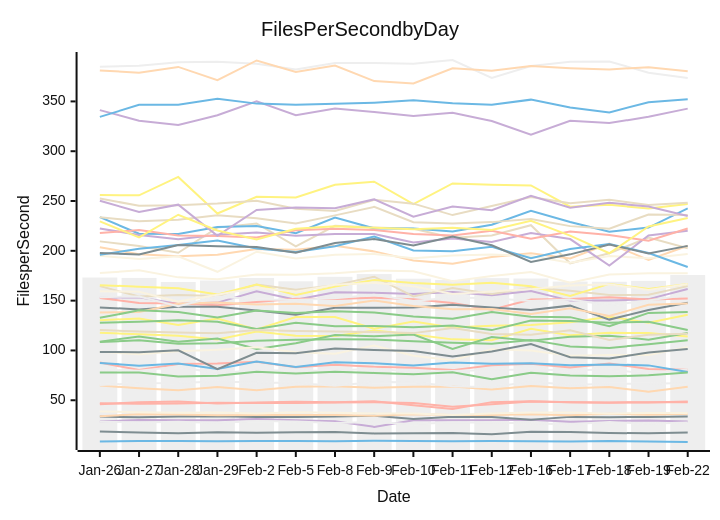
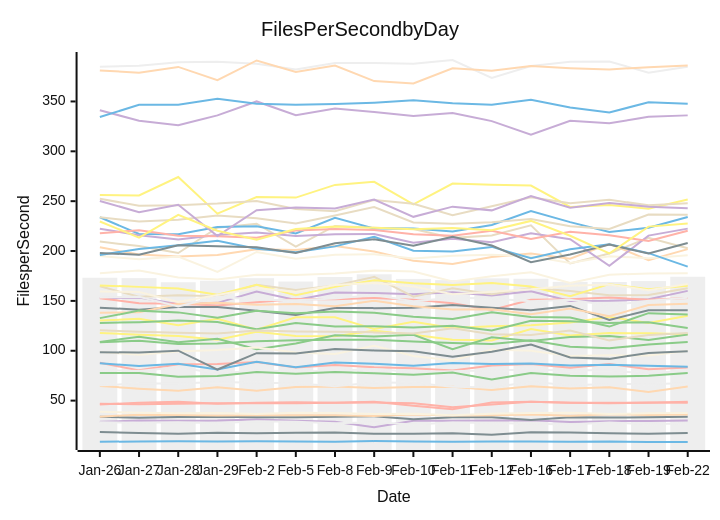
One commit to streetsidesoftware/cspell changed the diagram in perf-report.md. Above: the diagram before and after it, drawn with Mermaid (neutral theme). The commit also changed other lines of this file and 1 other file, not shown here.

````diff
--- a/perf-report.md
+++ b/perf-report.md
@@ -10,57 +10,57 @@
 ```mermaid
 xychart-beta
     title Files Per Second by Day
     y-axis Files per Second
     x-axis Date [Jan-26, Jan-27, Jan-28, Jan-29, Feb-2, Feb-5, Feb-8, Feb-9, Feb-10, Feb-11, Feb-12, Feb-16, Feb-17, Feb-18, Feb-19, Feb-22]
-    bar [173.21, 172.82, 168.69, 170.17, 172.76, 169.39, 173.94, 176.68, 172.01, 170.80, 172.59, 172.20, 169.11, 168.97, 169.87, 175.69]
-    line [8.69, 9.06, 9.17, 8.90, 9.14, 9.10, 8.87, 9.39, 9.10, 8.79, 9.11, 8.93, 8.64, 9.05, 8.51, 8.09]
-    line [108.52, 110.13, 106.78, 107.20, 109.65, 110.63, 111.16, 110.94, 109.21, 107.83, 106.68, 110.60, 103.95, 102.58, 106.20, 110.16]
-    line [28.70, 30.12, 29.90, 29.99, 31.08, 29.80, 28.87, 23.26, 29.91, 29.82, 30.05, 30.35, 28.52, 29.28, 29.65, 28.76]
-    line [209.49, 204.94, 198.04, 223.32, 227.45, 204.37, 225.14, 223.42, 222.08, 213.20, 215.50, 225.73, 187.50, 197.59, 213.32, 202.67]
-    line [87.91, 80.34, 86.50, 86.84, 88.66, 83.22, 85.59, 83.52, 82.54, 80.25, 85.24, 86.74, 82.84, 86.83, 81.45, 80.62]
-    line [130.32, 132.03, 125.54, 132.09, 121.09, 133.64, 133.48, 121.84, 129.06, 122.93, 124.68, 125.50, 128.25, 133.90, 127.83, 135.77]
-    line [33.70, 32.82, 33.62, 33.93, 33.23, 33.25, 33.77, 34.38, 31.28, 33.43, 33.24, 30.53, 33.31, 33.04, 33.28, 33.81]
-    line [203.69, 196.52, 194.52, 195.98, 201.87, 201.12, 204.97, 199.43, 190.33, 187.01, 193.91, 197.53, 192.34, 207.35, 190.87, 205.14]
-    line [195.04, 191.69, 194.48, 178.97, 199.11, 192.32, 196.15, 196.80, 192.49, 195.28, 196.29, 194.83, 188.10, 194.84, 192.66, 196.74]
-    line [80.80, 79.69, 83.58, 77.01, 80.34, 79.32, 79.86, 81.63, 78.70, 79.41, 80.42, 80.99, 80.08, 80.78, 76.61, 80.78]
-    line [233.87, 217.12, 216.93, 224.01, 224.86, 217.64, 233.33, 222.49, 222.54, 219.50, 226.16, 240.10, 228.96, 219.08, 223.33, 242.61]
-    line [127.88, 128.69, 130.23, 128.77, 121.54, 127.82, 124.27, 124.62, 123.31, 125.03, 120.42, 129.98, 129.47, 127.87, 128.69, 120.55]
-    line [152.95, 153.44, 146.68, 148.04, 159.34, 150.93, 158.41, 157.97, 156.56, 158.71, 155.41, 159.62, 150.02, 150.05, 151.55, 161.60]
-    line [233.83, 229.73, 231.27, 235.75, 232.76, 227.56, 235.60, 244.14, 228.71, 227.46, 228.82, 232.02, 224.80, 222.16, 236.53, 235.95]
-    line [152.72, 147.54, 147.09, 145.41, 148.70, 151.93, 151.71, 152.93, 151.27, 147.55, 140.92, 151.13, 151.76, 153.31, 151.18, 152.25]
-    line [256.11, 255.68, 274.20, 237.51, 254.20, 253.57, 266.34, 269.39, 246.86, 267.66, 266.35, 265.66, 244.28, 246.16, 242.48, 247.00]
-    line [18.55, 17.57, 16.82, 17.76, 17.39, 17.79, 18.01, 16.74, 16.81, 17.17, 15.81, 18.35, 18.08, 17.18, 16.76, 17.65]
-    line [33.94, 35.92, 35.70, 34.97, 35.24, 35.24, 35.29, 34.51, 36.01, 35.10, 35.21, 35.98, 34.82, 36.43, 35.46, 36.37]
-    line [38.81, 37.93, 37.35, 37.58, 36.65, 37.87, 37.52, 36.62, 36.71, 35.21, 36.78, 37.62, 37.74, 36.57, 37.30, 37.22]
-    line [384.72, 385.87, 389.43, 389.76, 387.86, 381.95, 388.55, 388.50, 387.75, 391.57, 373.53, 385.59, 389.88, 390.09, 378.81, 373.55]
-    line [87.49, 84.71, 86.94, 81.29, 88.85, 83.51, 88.25, 87.06, 84.92, 87.81, 86.69, 87.24, 85.15, 85.90, 85.00, 78.29]
-    line [77.74, 77.78, 73.82, 74.60, 78.73, 76.88, 78.62, 77.47, 76.02, 78.07, 71.09, 77.64, 74.87, 74.07, 74.98, 77.79]
-    line [222.41, 215.81, 211.64, 216.10, 218.52, 215.06, 216.88, 216.99, 208.40, 212.31, 208.84, 217.81, 211.80, 185.28, 215.46, 220.07]
-    line [164.60, 154.09, 155.59, 154.71, 166.16, 160.94, 165.57, 174.04, 154.30, 162.65, 156.66, 162.87, 159.96, 155.64, 155.90, 164.59]
-    line [217.84, 220.87, 215.44, 214.77, 213.40, 220.70, 222.08, 221.01, 216.87, 215.38, 220.23, 212.12, 219.37, 215.84, 210.18, 222.37]
-    line [117.78, 116.14, 114.78, 110.96, 118.96, 114.84, 114.56, 119.99, 116.03, 111.12, 110.27, 121.81, 115.35, 117.70, 117.45, 114.05]
-    line [143.21, 141.20, 143.98, 143.78, 140.14, 135.87, 142.86, 142.75, 143.10, 145.82, 143.11, 140.65, 144.98, 130.98, 140.65, 147.97]
-    line [64.72, 62.00, 60.00, 63.28, 59.94, 63.60, 64.06, 62.64, 63.65, 63.88, 60.68, 64.42, 62.12, 63.28, 58.66, 63.54]
-    line [177.69, 180.46, 173.36, 171.47, 176.27, 176.08, 177.50, 180.37, 179.50, 169.53, 174.82, 178.71, 168.06, 176.19, 177.57, 177.46]
-    line [65.41, 67.07, 67.22, 68.71, 67.83, 67.42, 64.50, 68.29, 67.95, 63.94, 63.10, 68.79, 65.40, 66.62, 66.45, 67.26]
-    line [196.11, 202.03, 205.84, 210.33, 202.30, 198.84, 204.68, 214.35, 200.27, 199.54, 204.14, 192.69, 201.75, 206.87, 197.87, 183.78]
-    line [108.80, 113.98, 108.63, 112.03, 101.57, 107.21, 115.59, 114.29, 115.98, 101.55, 113.56, 109.85, 113.73, 114.86, 110.85, 117.47]
-    line [341.26, 330.59, 326.24, 336.05, 350.02, 336.18, 342.95, 339.36, 335.43, 338.51, 330.30, 316.59, 330.53, 328.24, 334.55, 342.77]
-    line [252.46, 245.33, 245.88, 247.56, 250.17, 242.23, 239.94, 251.24, 247.36, 235.88, 244.92, 253.98, 247.84, 251.30, 245.99, 248.30]
-    line [46.87, 46.43, 46.80, 47.45, 47.29, 47.35, 47.86, 48.05, 47.30, 43.46, 46.02, 48.76, 47.89, 47.85, 48.05, 48.02]
-    line [165.48, 164.06, 162.34, 156.27, 166.07, 155.61, 164.06, 170.66, 167.78, 165.93, 167.97, 164.38, 154.74, 166.79, 161.65, 166.76]
-    line [197.93, 196.32, 205.82, 204.70, 203.85, 198.04, 207.86, 211.91, 205.36, 214.41, 205.57, 188.86, 196.47, 206.41, 197.46, 204.98]
-    line [138.21, 138.55, 146.90, 148.25, 146.04, 146.87, 144.71, 150.09, 144.64, 141.32, 141.68, 136.63, 142.32, 134.55, 145.82, 147.07]
-    line [98.65, 96.11, 99.25, 100.66, 103.18, 98.24, 96.65, 104.96, 94.67, 90.15, 101.17, 99.92, 94.76, 95.38, 95.32, 103.44]
-    line [28.41, 27.77, 28.43, 27.26, 29.20, 28.78, 27.22, 28.25, 25.94, 28.04, 27.66, 26.73, 25.95, 28.09, 26.29, 27.57]
-    line [334.45, 346.57, 346.60, 352.58, 347.78, 346.57, 347.57, 348.75, 351.19, 348.15, 346.62, 351.78, 343.88, 338.94, 349.19, 352.10]
-    line [132.73, 140.24, 138.48, 133.03, 140.20, 137.55, 139.32, 138.06, 134.03, 131.86, 138.50, 133.91, 133.44, 124.24, 137.70, 138.61]
-    line [250.24, 239.03, 246.34, 215.04, 240.95, 243.60, 242.70, 251.69, 234.31, 244.51, 240.78, 255.22, 243.34, 248.23, 244.44, 235.00]
-    line [120.57, 119.01, 117.99, 117.30, 120.43, 119.43, 118.96, 118.43, 117.39, 122.51, 116.51, 115.88, 120.25, 110.42, 115.69, 116.71]
-    line [46.02, 47.96, 48.80, 46.78, 47.79, 48.42, 47.97, 48.95, 44.92, 41.33, 48.11, 48.93, 47.91, 47.47, 47.85, 48.65]
-    line [229.64, 213.50, 236.23, 220.41, 211.45, 222.13, 224.72, 223.26, 221.76, 223.13, 220.88, 230.21, 215.32, 197.56, 224.48, 232.89]
-    line [98.45, 98.30, 100.11, 81.16, 97.62, 97.16, 101.86, 100.35, 99.46, 93.91, 99.01, 106.34, 93.17, 91.86, 97.86, 101.55]
-    line [381.11, 378.87, 384.64, 371.32, 391.09, 379.53, 386.07, 370.43, 367.95, 383.26, 380.80, 385.48, 383.39, 382.12, 384.41, 380.17]
-    line [159.47, 158.84, 149.03, 155.81, 162.82, 158.93, 165.88, 167.89, 164.45, 156.78, 159.08, 161.56, 165.23, 166.55, 160.76, 166.80]
-    line [153.48, 154.19, 144.39, 154.19, 151.10, 150.58, 152.48, 156.02, 149.70, 153.17, 152.51, 149.58, 151.17, 145.28, 150.19, 156.00]
+    bar [173.21, 172.82, 168.69, 170.17, 172.76, 169.39, 173.94, 176.68, 172.01, 170.80, 172.59, 172.20, 169.11, 168.97, 169.87, 174.19]
+    line [8.69, 9.06, 9.17, 8.90, 9.14, 9.10, 8.87, 9.39, 9.10, 8.79, 9.11, 8.93, 8.64, 9.05, 8.51, 8.50]
+    line [108.52, 110.13, 106.78, 107.20, 109.65, 110.63, 111.16, 110.94, 109.21, 107.83, 106.68, 110.60, 103.95, 102.58, 106.20, 108.80]
+    line [28.70, 30.12, 29.90, 29.99, 31.08, 29.80, 28.87, 23.26, 29.91, 29.82, 30.05, 30.35, 28.52, 29.28, 29.65, 30.13]
+    line [209.49, 204.94, 198.04, 223.32, 227.45, 204.37, 225.14, 223.42, 222.08, 213.20, 215.50, 225.73, 187.50, 197.59, 213.32, 202.78]
+    line [87.91, 80.34, 86.50, 86.84, 88.66, 83.22, 85.59, 83.52, 82.54, 80.25, 85.24, 86.74, 82.84, 86.83, 81.45, 83.10]
+    line [130.32, 132.03, 125.54, 132.09, 121.09, 133.64, 133.48, 121.84, 129.06, 122.93, 124.68, 125.50, 128.25, 133.90, 127.83, 135.11]
+    line [33.70, 32.82, 33.62, 33.93, 33.23, 33.25, 33.77, 34.38, 31.28, 33.43, 33.24, 30.53, 33.31, 33.04, 33.28, 33.86]
+    line [203.69, 196.52, 194.52, 195.98, 201.87, 201.12, 204.97, 199.43, 190.33, 187.01, 193.91, 197.53, 192.34, 207.35, 190.87, 201.91]
+    line [195.04, 191.69, 194.48, 178.97, 199.11, 192.32, 196.15, 196.80, 192.49, 195.28, 196.29, 194.83, 188.10, 194.84, 192.66, 195.69]
+    line [80.80, 79.69, 83.58, 77.01, 80.34, 79.32, 79.86, 81.63, 78.70, 79.41, 80.42, 80.99, 80.08, 80.78, 76.61, 80.86]
+    line [233.87, 217.12, 216.93, 224.01, 224.86, 217.64, 233.33, 222.49, 222.54, 219.50, 226.16, 240.10, 228.96, 219.08, 223.33, 234.21]
+    line [127.88, 128.69, 130.23, 128.77, 121.54, 127.82, 124.27, 124.62, 123.31, 125.03, 120.42, 129.98, 129.47, 127.87, 128.69, 122.73]
+    line [152.95, 153.44, 146.68, 148.04, 159.34, 150.93, 158.41, 157.97, 156.56, 158.71, 155.41, 159.62, 150.02, 150.05, 151.55, 160.04]
+    line [233.83, 229.73, 231.27, 235.75, 232.76, 227.56, 235.60, 244.14, 228.71, 227.46, 228.82, 232.02, 224.80, 222.16, 236.53, 236.50]
+    line [152.72, 147.54, 147.09, 145.41, 148.70, 151.93, 151.71, 152.93, 151.27, 147.55, 140.92, 151.13, 151.76, 153.31, 151.18, 152.94]
+    line [256.11, 255.68, 274.20, 237.51, 254.20, 253.57, 266.34, 269.39, 246.86, 267.66, 266.35, 265.66, 244.28, 246.16, 242.48, 251.77]
+    line [18.55, 17.57, 16.82, 17.76, 17.39, 17.79, 18.01, 16.74, 16.81, 17.17, 15.81, 18.35, 18.08, 17.18, 16.76, 17.59]
+    line [33.94, 35.92, 35.70, 34.97, 35.24, 35.24, 35.29, 34.51, 36.01, 35.10, 35.21, 35.98, 34.82, 36.43, 35.46, 35.98]
+    line [38.81, 37.93, 37.35, 37.58, 36.65, 37.87, 37.52, 36.62, 36.71, 35.21, 36.78, 37.62, 37.74, 36.57, 37.30, 37.62]
+    line [384.72, 385.87, 389.43, 389.76, 387.86, 381.95, 388.55, 388.50, 387.75, 391.57, 373.53, 385.59, 389.88, 390.09, 378.81, 384.75]
+    line [87.49, 84.71, 86.94, 81.29, 88.85, 83.51, 88.25, 87.06, 84.92, 87.81, 86.69, 87.24, 85.15, 85.90, 85.00, 83.89]
+    line [77.74, 77.78, 73.82, 74.60, 78.73, 76.88, 78.62, 77.47, 76.02, 78.07, 71.09, 77.64, 74.87, 74.07, 74.98, 77.60]
+    line [222.41, 215.81, 211.64, 216.10, 218.52, 215.06, 216.88, 216.99, 208.40, 212.31, 208.84, 217.81, 211.80, 185.28, 215.46, 222.46]
+    line [164.60, 154.09, 155.59, 154.71, 166.16, 160.94, 165.57, 174.04, 154.30, 162.65, 156.66, 162.87, 159.96, 155.64, 155.90, 162.77]
+    line [217.84, 220.87, 215.44, 214.77, 213.40, 220.70, 222.08, 221.01, 216.87, 215.38, 220.23, 212.12, 219.37, 215.84, 210.18, 220.28]
+    line [117.78, 116.14, 114.78, 110.96, 118.96, 114.84, 114.56, 119.99, 116.03, 111.12, 110.27, 121.81, 115.35, 117.70, 117.45, 116.57]
+    line [143.21, 141.20, 143.98, 143.78, 140.14, 135.87, 142.86, 142.75, 143.10, 145.82, 143.11, 140.65, 144.98, 130.98, 140.65, 140.53]
+    line [64.72, 62.00, 60.00, 63.28, 59.94, 63.60, 64.06, 62.64, 63.65, 63.88, 60.68, 64.42, 62.12, 63.28, 58.66, 64.09]
+    line [177.69, 180.46, 173.36, 171.47, 176.27, 176.08, 177.50, 180.37, 179.50, 169.53, 174.82, 178.71, 168.06, 176.19, 177.57, 177.70]
+    line [65.41, 67.07, 67.22, 68.71, 67.83, 67.42, 64.50, 68.29, 67.95, 63.94, 63.10, 68.79, 65.40, 66.62, 66.45, 67.64]
+    line [196.11, 202.03, 205.84, 210.33, 202.30, 198.84, 204.68, 214.35, 200.27, 199.54, 204.14, 192.69, 201.75, 206.87, 197.87, 184.35]
+    line [108.80, 113.98, 108.63, 112.03, 101.57, 107.21, 115.59, 114.29, 115.98, 101.55, 113.56, 109.85, 113.73, 114.86, 110.85, 116.20]
+    line [341.26, 330.59, 326.24, 336.05, 350.02, 336.18, 342.95, 339.36, 335.43, 338.51, 330.30, 316.59, 330.53, 328.24, 334.55, 336.04]
+    line [252.46, 245.33, 245.88, 247.56, 250.17, 242.23, 239.94, 251.24, 247.36, 235.88, 244.92, 253.98, 247.84, 251.30, 245.99, 248.02]
+    line [46.87, 46.43, 46.80, 47.45, 47.29, 47.35, 47.86, 48.05, 47.30, 43.46, 46.02, 48.76, 47.89, 47.85, 48.05, 47.75]
+    line [165.48, 164.06, 162.34, 156.27, 166.07, 155.61, 164.06, 170.66, 167.78, 165.93, 167.97, 164.38, 154.74, 166.79, 161.65, 165.22]
+    line [197.93, 196.32, 205.82, 204.70, 203.85, 198.04, 207.86, 211.91, 205.36, 214.41, 205.57, 188.86, 196.47, 206.41, 197.46, 208.12]
+    line [138.21, 138.55, 146.90, 148.25, 146.04, 146.87, 144.71, 150.09, 144.64, 141.32, 141.68, 136.63, 142.32, 134.55, 145.82, 147.25]
+    line [98.65, 96.11, 99.25, 100.66, 103.18, 98.24, 96.65, 104.96, 94.67, 90.15, 101.17, 99.92, 94.76, 95.38, 95.32, 99.83]
+    line [28.41, 27.77, 28.43, 27.26, 29.20, 28.78, 27.22, 28.25, 25.94, 28.04, 27.66, 26.73, 25.95, 28.09, 26.29, 27.34]
+    line [334.45, 346.57, 346.60, 352.58, 347.78, 346.57, 347.57, 348.75, 351.19, 348.15, 346.62, 351.78, 343.88, 338.94, 349.19, 347.60]
+    line [132.73, 140.24, 138.48, 133.03, 140.20, 137.55, 139.32, 138.06, 134.03, 131.86, 138.50, 133.91, 133.44, 124.24, 137.70, 136.35]
+    line [250.24, 239.03, 246.34, 215.04, 240.95, 243.60, 242.70, 251.69, 234.31, 244.51, 240.78, 255.22, 243.34, 248.23, 244.44, 242.78]
+    line [120.57, 119.01, 117.99, 117.30, 120.43, 119.43, 118.96, 118.43, 117.39, 122.51, 116.51, 115.88, 120.25, 110.42, 115.69, 117.90]
+    line [46.02, 47.96, 48.80, 46.78, 47.79, 48.42, 47.97, 48.95, 44.92, 41.33, 48.11, 48.93, 47.91, 47.47, 47.85, 48.78]
+    line [229.64, 213.50, 236.23, 220.41, 211.45, 222.13, 224.72, 223.26, 221.76, 223.13, 220.88, 230.21, 215.32, 197.56, 224.48, 227.51]
+    line [98.45, 98.30, 100.11, 81.16, 97.62, 97.16, 101.86, 100.35, 99.46, 93.91, 99.01, 106.34, 93.17, 91.86, 97.86, 99.46]
+    line [381.11, 378.87, 384.64, 371.32, 391.09, 379.53, 386.07, 370.43, 367.95, 383.26, 380.80, 385.48, 383.39, 382.12, 384.41, 386.04]
+    line [159.47, 158.84, 149.03, 155.81, 162.82, 158.93, 165.88, 167.89, 164.45, 156.78, 159.08, 161.56, 165.23, 166.55, 160.76, 166.89]
+    line [153.48, 154.19, 144.39, 154.19, 151.10, 150.58, 152.48, 156.02, 149.70, 153.17, 152.51, 149.58, 151.17, 145.28, 150.19, 153.25]
 ```
````
